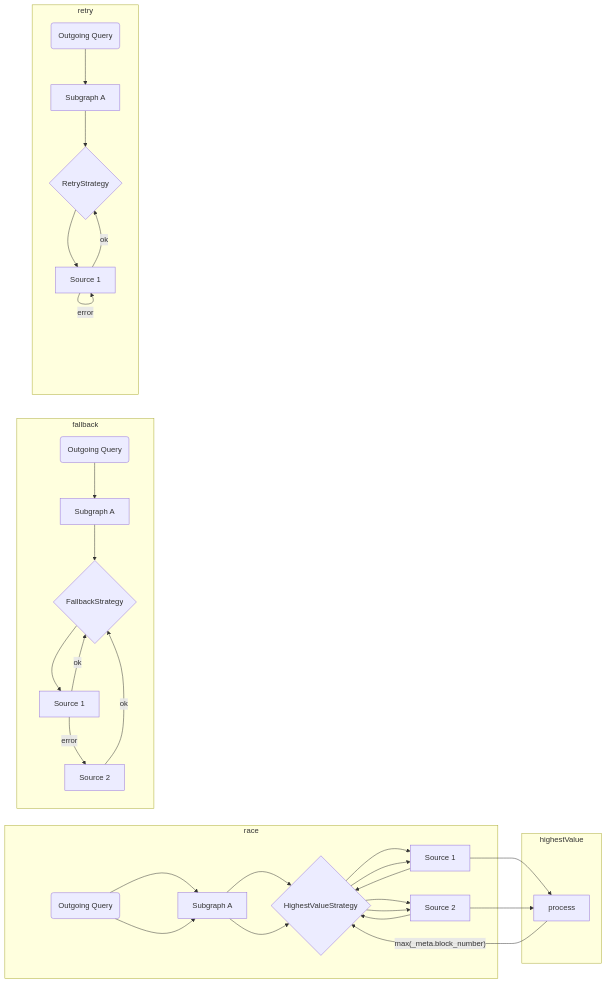
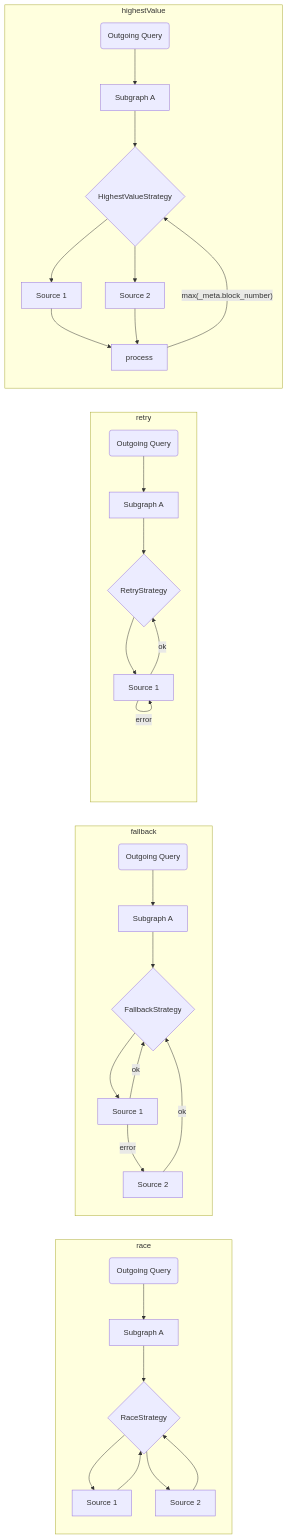
Before and after one commit to graphprotocol/graph-client: the fourth of 5 diagrams in docs/architecture.md, drawn with Mermaid.

````diff
--- a/docs/architecture.md
+++ b/docs/architecture.md
@@ -49,38 +49,38 @@
 ```mermaid
 graph LR;
     subgraph race
     req(Outgoing Query)-->sA[Subgraph A];
     sA-->d{RaceStrategy};
     d-->s1[Source 1];
     d-->s2[Source 2];
     s1-->d;
     s2-->d;
     end
 
     subgraph fallback
     req2(Outgoing Query)-->sA2[Subgraph A];
     sA2-->d2{FallbackStrategy};
     d2-->s3[Source 1];
     s3-->|error|s4[Source 2];
     s4-->|ok|d2;
     s3-->|ok|d2;
     end
 
     subgraph retry
     req3(Outgoing Query)-->sA3[Subgraph A];
     sA3-->d3{RetryStrategy};
     d3-->s5[Source 1];
     s5-->|error|s5;
     s5-->|ok|d3;
     end
 
     subgraph highestValue
-    req(Outgoing Query)-->sA[Subgraph A];
-    sA-->d{HighestValueStrategy};
-    d-->s1[Source 1];
-    d-->s2[Source 2];
-    s1-->synced["process"]
-    s2-->synced
-    synced-->|"max(_meta.block_number)"|d
+    req4(Outgoing Query)-->sA4[Subgraph A];
+    sA4-->d4{HighestValueStrategy};
+    d4-->s14[Source 1];
+    d4-->s24[Source 2];
+    s14-->synced4["process"]
+    s24-->synced4
+    synced4-->|"max(_meta.block_number)"|d4
     end
 ```
````
